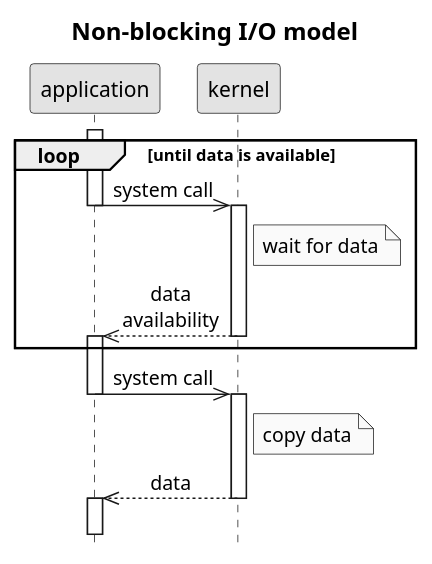
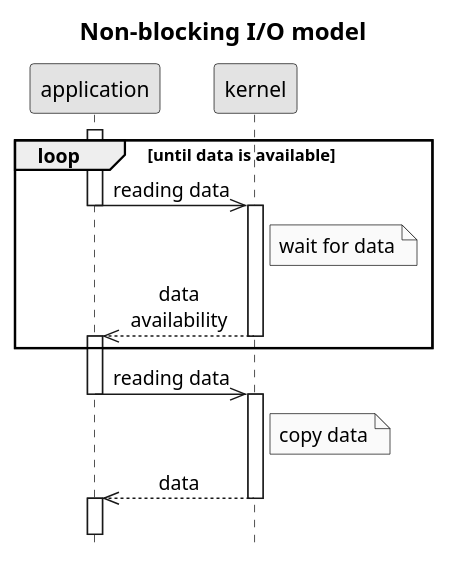
The diagram in .images/non-blocking IO model.puml (c0p4c4b4n4/demo-sockets-io-nio-nio2), drawn with PlantUML before and after one commit. The commit also changed 4 other files, not shown here.

```diff
--- a/.images/non-blocking IO model.puml
+++ b/.images/non-blocking IO model.puml
@@ -1,26 +1,26 @@
 @startuml
 title Non-blocking I/O model
 hide footbox
 skinparam monochrome true
 skinparam defaultFontName Arial
 skinparam titleFontSize 16
 skinparam sequenceMessageAlign center
 activate application
 loop until data is available
-    application->>kernel: system call
+    application->>kernel: reading data
     deactivate application
     activate kernel
     Note right of kernel: wait for data
     kernel-->>application: data\navailability
     deactivate kernel
     activate application
 end
-application->>kernel: system call
+application->>kernel: reading data
 deactivate application
 activate kernel
 Note right of kernel: copy data
 kernel-->>application: data
 deactivate kernel
 activate application
 ||15||
 @enduml
```
